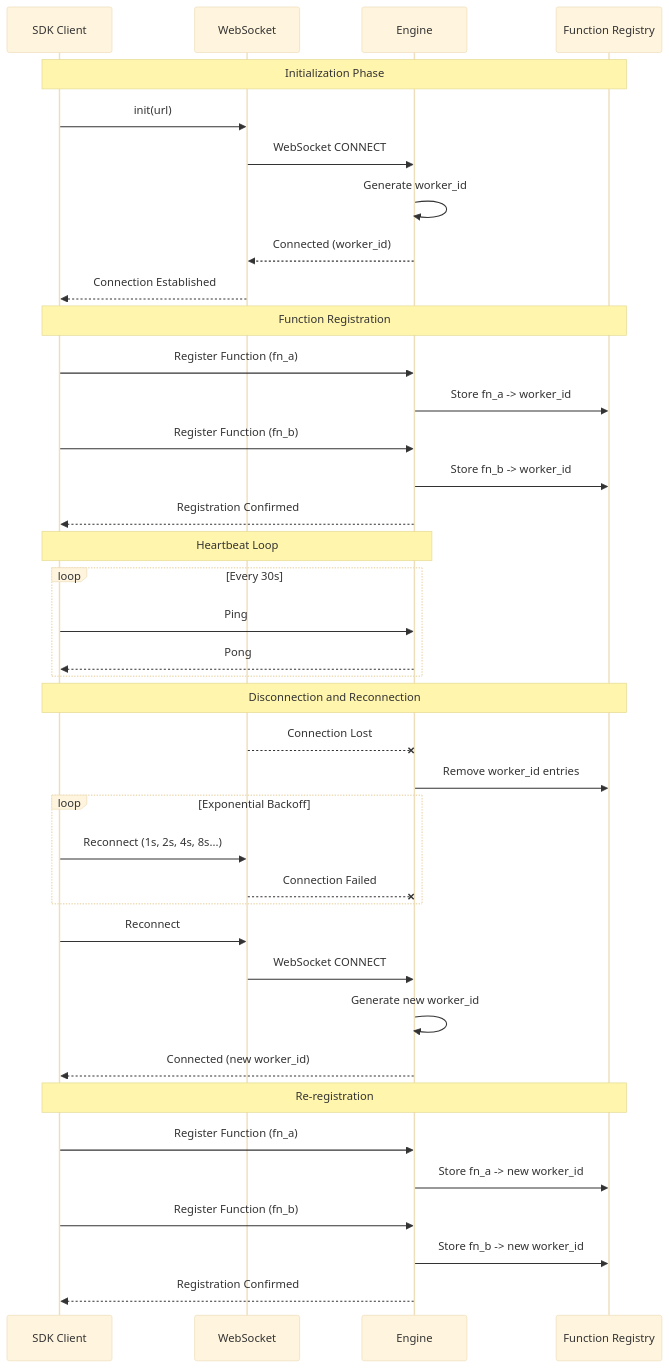
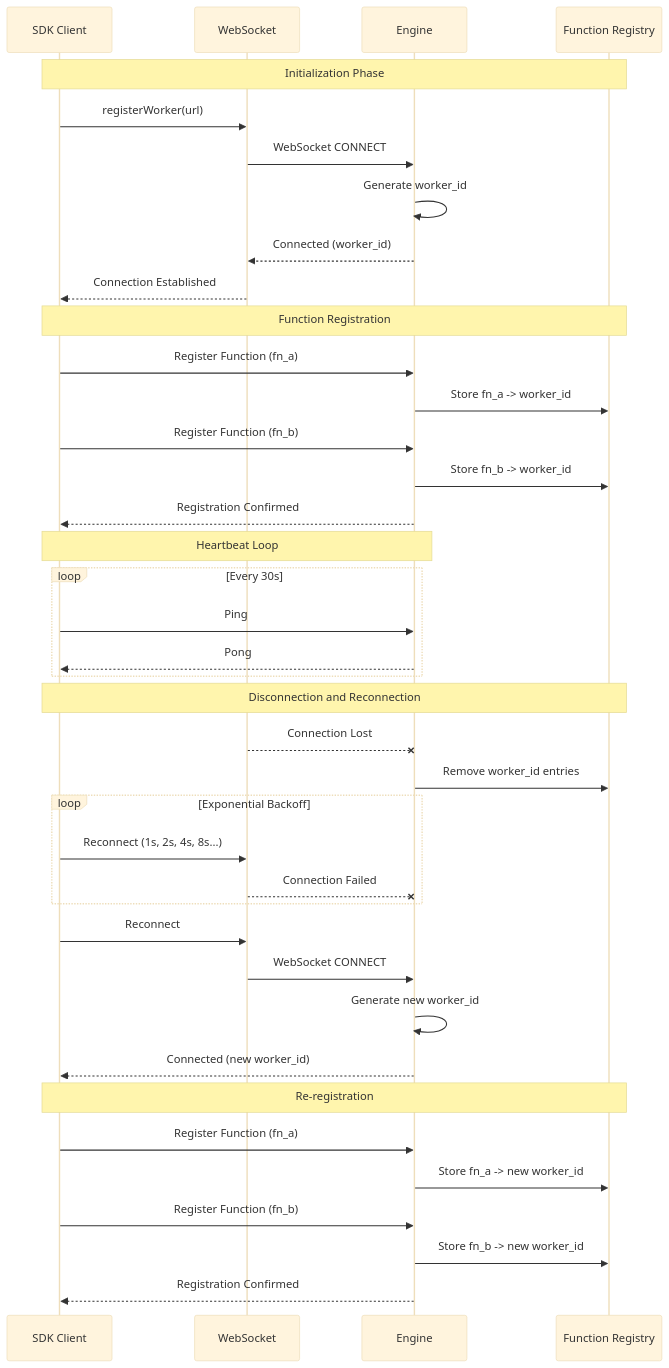
One commit to MotiaDev/motia changed the seventh of 8 diagrams in docs/content/advanced/architecture.mdx. Above: the diagram before and after it, drawn with Mermaid (base theme). The commit also changed 46 other files, not shown here.

````diff
--- a/docs/content/advanced/architecture.mdx
+++ b/docs/content/advanced/architecture.mdx
@@ -209,48 +209,48 @@
 ```mermaid
 sequenceDiagram
     participant SDK as SDK Client
     participant WS as WebSocket
     participant E as Engine
     participant R as Function Registry
 
     Note over SDK,R: Initialization Phase
-    SDK->>WS: init(url)
+    SDK->>WS: registerWorker(url)
     WS->>E: WebSocket CONNECT
     E->>E: Generate worker_id
     E-->>WS: Connected (worker_id)
     WS-->>SDK: Connection Established
 
     Note over SDK,R: Function Registration
     SDK->>E: Register Function (fn_a)
     E->>R: Store fn_a -> worker_id
     SDK->>E: Register Function (fn_b)
     E->>R: Store fn_b -> worker_id
     E-->>SDK: Registration Confirmed
 
     Note over SDK,E: Heartbeat Loop
     loop Every 30s
         SDK->>E: Ping
         E-->>SDK: Pong
     end
 
     Note over SDK,R: Disconnection and Reconnection
     WS--xE: Connection Lost
     E->>R: Remove worker_id entries
 
     loop Exponential Backoff
         SDK->>WS: Reconnect (1s, 2s, 4s, 8s...)
         WS--xE: Connection Failed
     end
 
     SDK->>WS: Reconnect
     WS->>E: WebSocket CONNECT
     E->>E: Generate new worker_id
     E-->>SDK: Connected (new worker_id)
 
     Note over SDK,R: Re-registration
     SDK->>E: Register Function (fn_a)
     E->>R: Store fn_a -> new worker_id
     SDK->>E: Register Function (fn_b)
     E->>R: Store fn_b -> new worker_id
     E-->>SDK: Registration Confirmed
 ```
````
